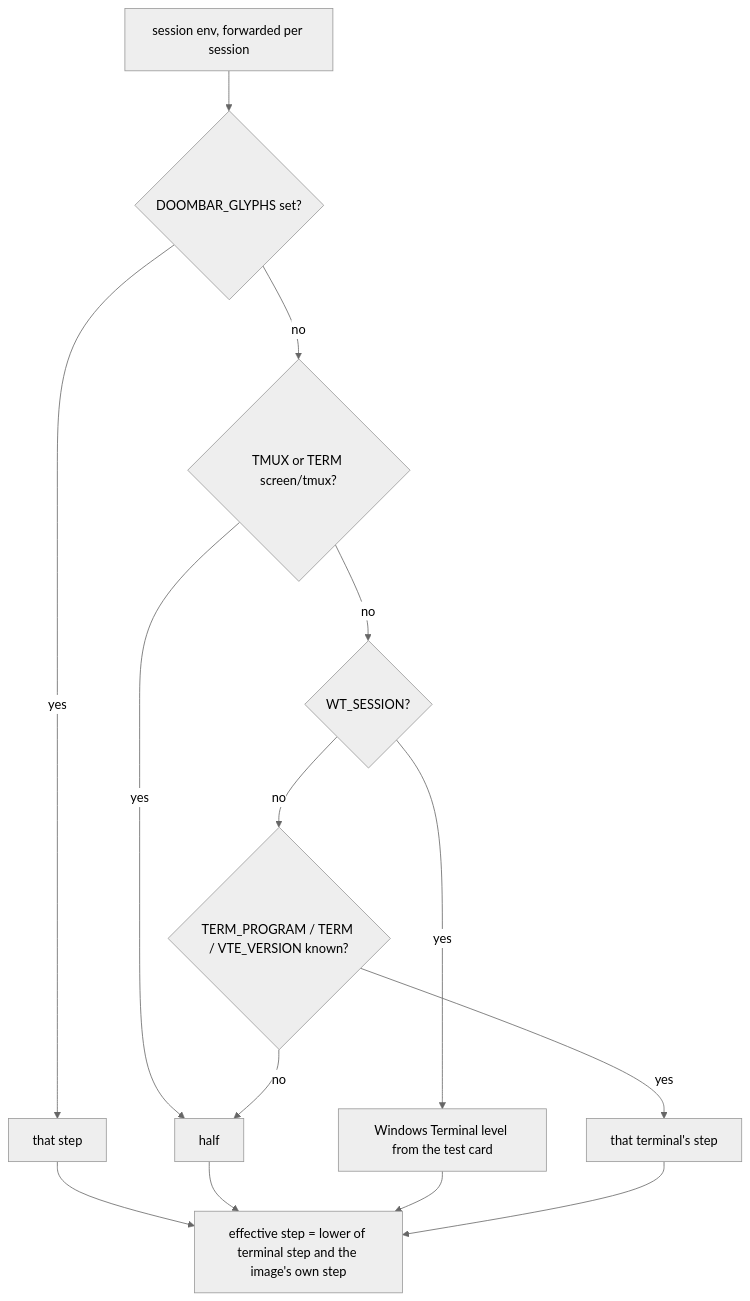
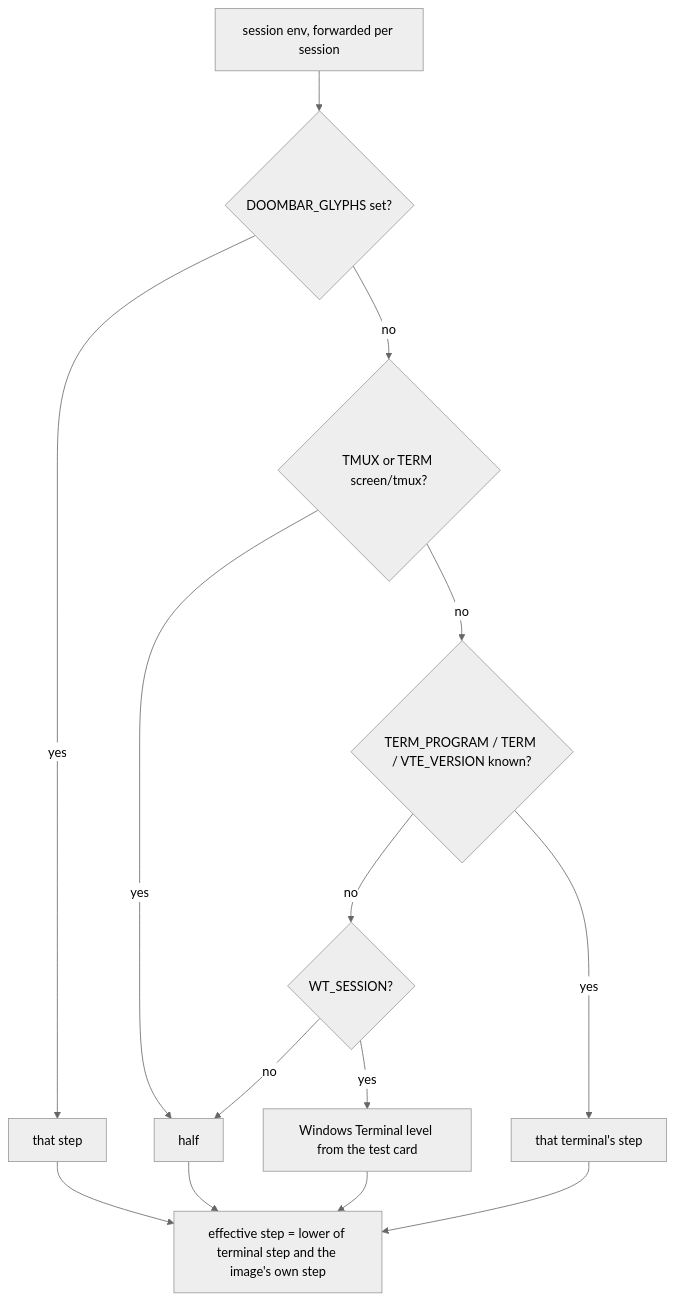
The second of 2 diagrams in docs/plans/2026-11-11-1150-feat-builtin-glyph-renderer-plan.md (99LevelsUp/claude-doom-statusbar), drawn with Mermaid (neutral theme) before and after one commit. The commit also changed other lines of this file, not shown here.

````diff
--- a/docs/plans/2026-11-11-1150-feat-builtin-glyph-renderer-plan.md
+++ b/docs/plans/2026-11-11-1150-feat-builtin-glyph-renderer-plan.md
@@ -164,16 +164,16 @@
 ```mermaid
 flowchart TB
   S[session env, forwarded per session] --> O{DOOMBAR_GLYPHS set?}
   O -->|yes| L[that step]
   O -->|no| T{TMUX or TERM screen/tmux?}
   T -->|yes| H[half]
-  T -->|no| W{WT_SESSION?}
+  T -->|no| P{TERM_PROGRAM / TERM / VTE_VERSION known?}
+  P -->|yes| K[that terminal's step]
+  P -->|no| W{WT_SESSION?}
   W -->|yes| WT[Windows Terminal level from the test card]
-  W -->|no| P{TERM_PROGRAM / TERM / VTE_VERSION known?}
-  P -->|yes| K[that terminal's step]
-  P -->|no| H
+  W -->|no| H
   L --> M[effective step = lower of terminal step and the image's own step]
   H --> M
   WT --> M
   K --> M
 ```
````
